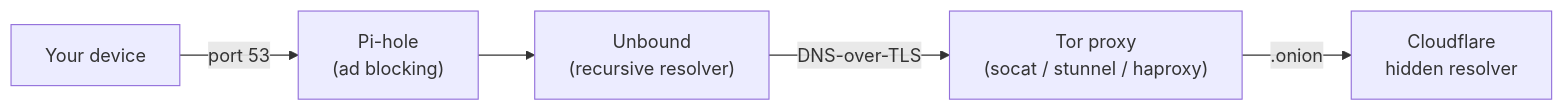
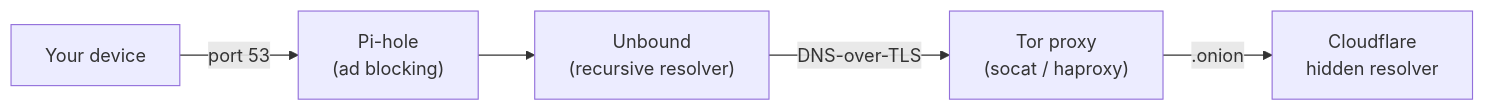
Before and after one commit to sureserverman/nice-dns: the diagram in README.md, drawn with Mermaid. The commit also changed other lines of this file and 9 other files, not shown here.

````diff
--- a/README.md
+++ b/README.md
@@ -61,11 +61,11 @@
 ```mermaid
 flowchart LR
     A["Your device"] -- port 53 --> B["Pi-hole
     (ad blocking)"]
     B --> C["Unbound
     (recursive resolver)"]
     C -- DNS-over-TLS --> D["Tor proxy
-    (socat / stunnel / haproxy)"]
+    (socat / haproxy)"]
     D -- ".onion" --> E["Cloudflare
     hidden resolver"]
 ```
````
